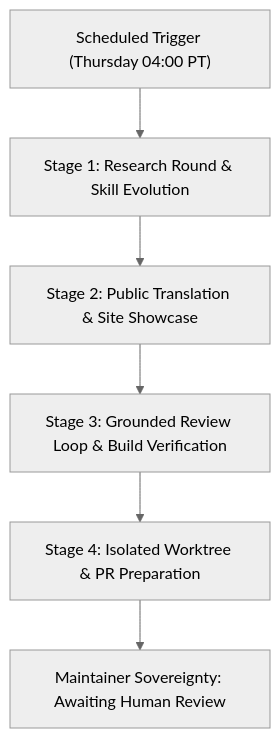
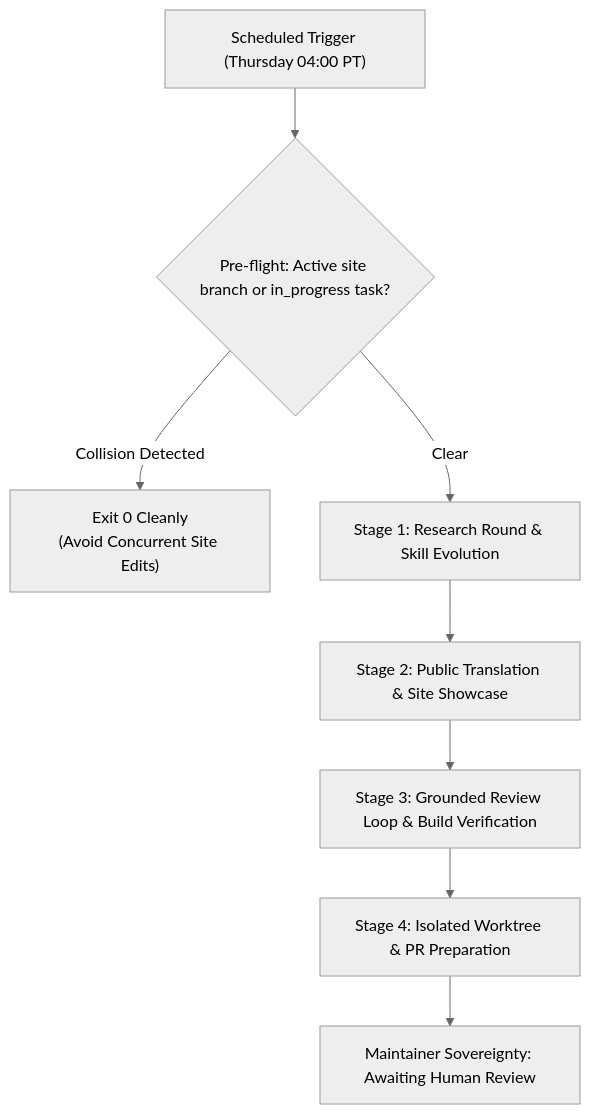
Before and after one commit to senseiewok/cf-lab: the diagram in .claude/skills/scheduled-site-showcase/SKILL.md, drawn with Mermaid (neutral theme). The commit also changed other lines of this file and 8 other files, not shown here.

````diff
--- a/.claude/skills/scheduled-site-showcase/SKILL.md
+++ b/.claude/skills/scheduled-site-showcase/SKILL.md
@@ -22,8 +22,10 @@
 ```mermaid
 flowchart TD
-    Trigger["Scheduled Trigger (Thursday 04:00 PT)"] --> Stage1["Stage 1: Research Round & Skill Evolution"]
+    Trigger["Scheduled Trigger (Thursday 04:00 PT)"] --> Preflight{"Pre-flight: Active site branch or in_progress task?"}
+    Preflight -->|Collision Detected| Abort["Exit 0 Cleanly\n(Avoid Concurrent Site Edits)"]
+    Preflight -->|Clear| Stage1["Stage 1: Research Round & Skill Evolution"]
     Stage1 --> Stage2["Stage 2: Public Translation & Site Showcase"]
     Stage2 --> Stage3["Stage 3: Grounded Review Loop & Build Verification"]
     Stage3 --> Stage4["Stage 4: Isolated Worktree & PR Preparation"]
     Stage4 --> Review["Maintainer Sovereignty: Awaiting Human Review"]
 ```
````
